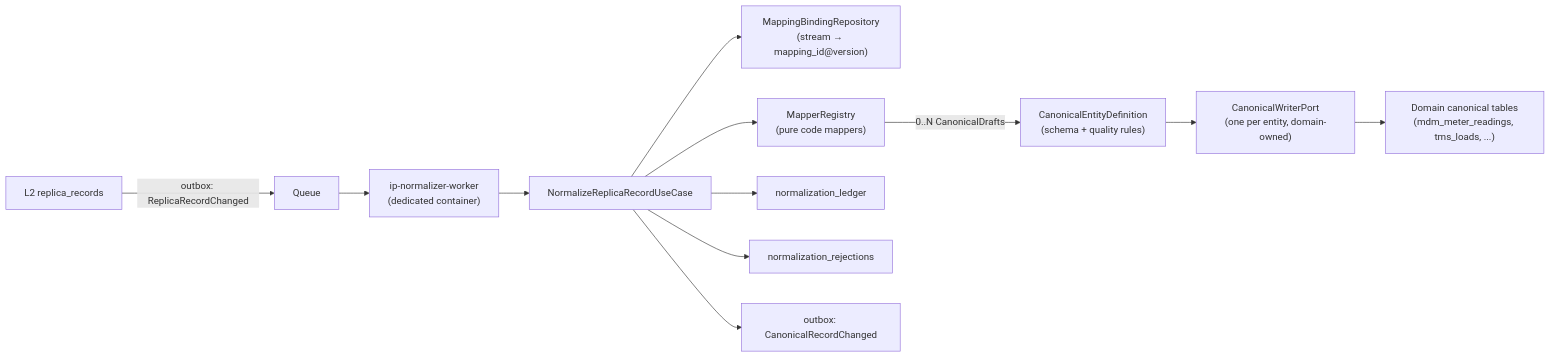
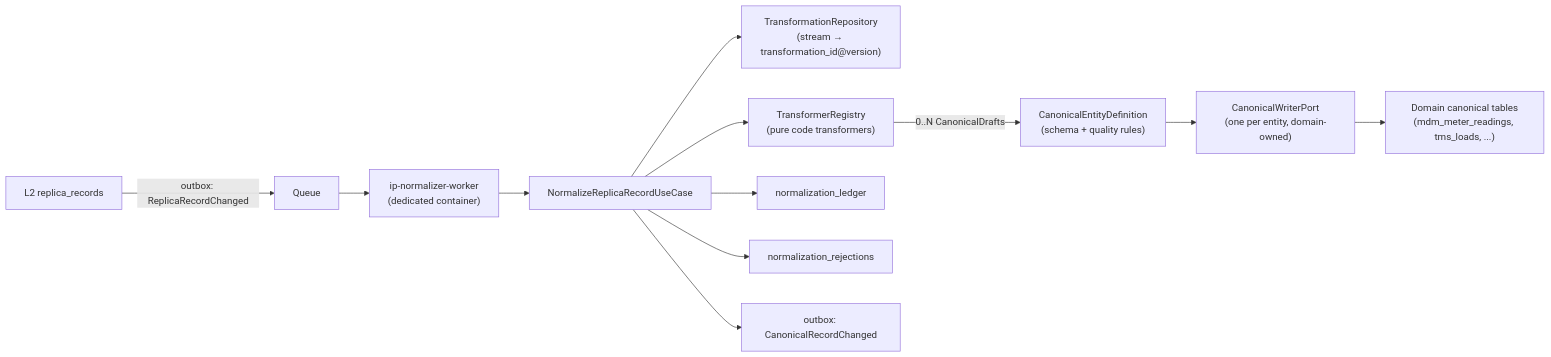
One commit to pramodnarayana/soopa changed the diagram in apps/ip/docs/l3_normalization_design.md. Above: the diagram before and after it, drawn with Mermaid. The commit also changed other lines of this file and 97 other files, not shown here.

````diff
--- a/apps/ip/docs/l3_normalization_design.md
+++ b/apps/ip/docs/l3_normalization_design.md
@@ -33,14 +33,14 @@
 ```mermaid
 flowchart LR
     L2["L2 replica_records"] -->|outbox: ReplicaRecordChanged| Q["Queue"]
     Q --> W["ip-normalizer-worker<br/>(dedicated container)"]
     W --> UC["NormalizeReplicaRecordUseCase"]
-    UC --> B["MappingBindingRepository<br/>(stream → mapping_id@version)"]
-    UC --> M["MapperRegistry<br/>(pure code mappers)"]
+    UC --> B["TransformationRepository<br/>(stream → transformation_id@version)"]
+    UC --> M["TransformerRegistry<br/>(pure code transformers)"]
     M -->|0..N CanonicalDrafts| V["CanonicalEntityDefinition<br/>(schema + quality rules)"]
     V --> WR["CanonicalWriterPort<br/>(one per entity, domain-owned)"]
     WR --> CT["Domain canonical tables<br/>(mdm_meter_readings, tms_loads, ...)"]
     UC --> LG["normalization_ledger"]
     UC --> RJ["normalization_rejections"]
     UC --> OB["outbox: CanonicalRecordChanged"]
 ```
````
